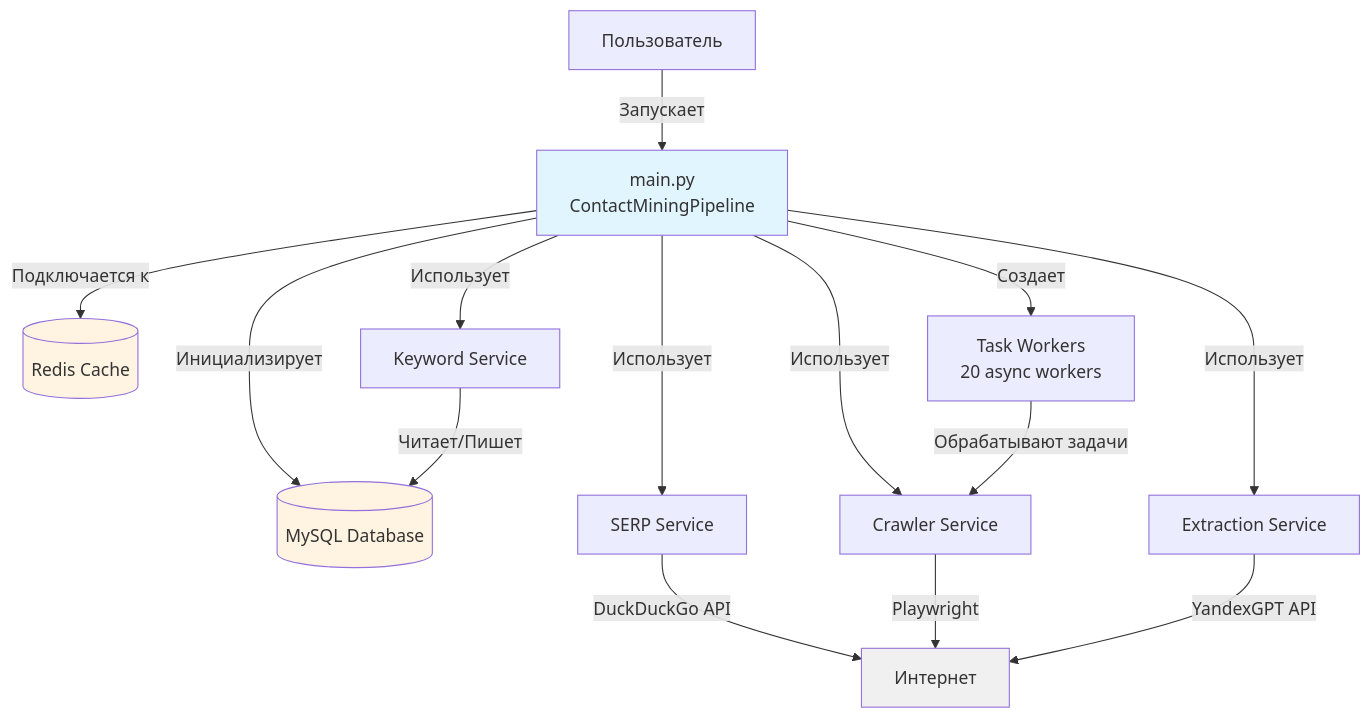
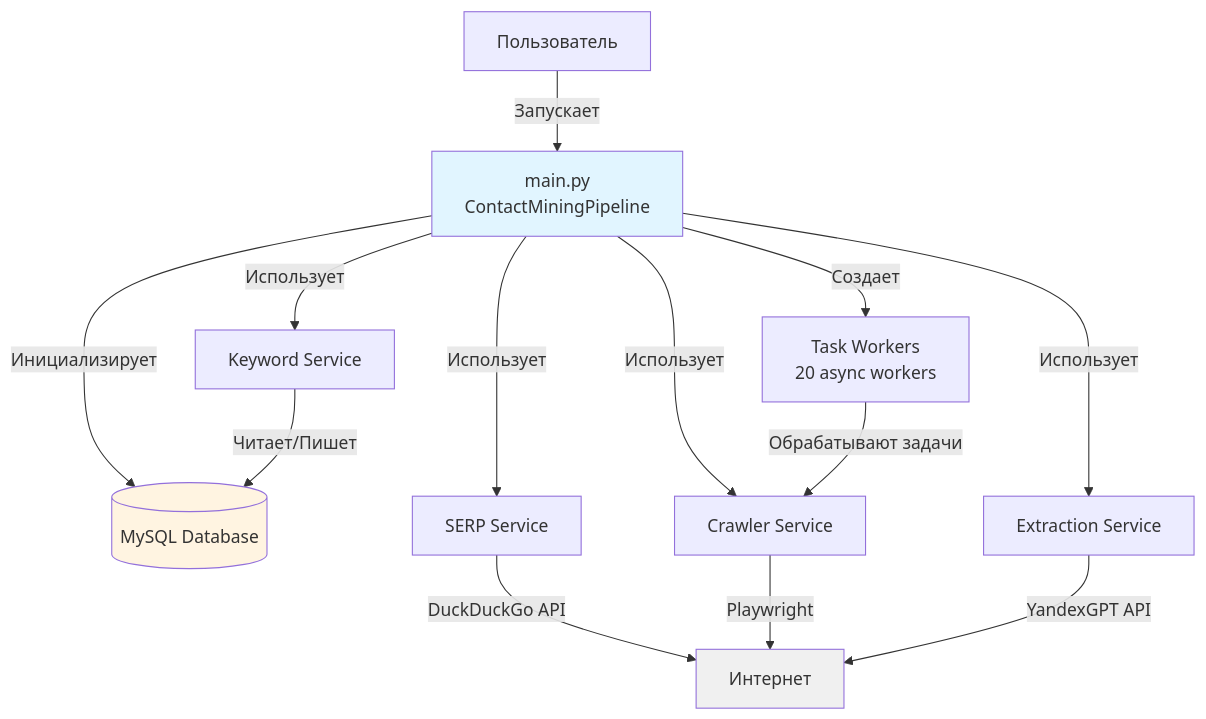
The first of 10 diagrams in doc/DIAGRAMS.md (hauptmann1971/b2b-contact-miner), drawn with Mermaid before and after one commit. The commit also changed other lines of this file and 10 other files, not shown here.

First line of the commit message:
Align architecture docs and diagrams with current DB-backed queue design.

````diff
--- a/doc/DIAGRAMS.md
+++ b/doc/DIAGRAMS.md
@@ -5,25 +5,23 @@
 ```mermaid
 graph TB
     User[Пользователь] -->|Запускает| Main[main.py<br/>ContactMiningPipeline]
     
     Main -->|Инициализирует| DB[(MySQL Database)]
-    Main -->|Подключается к| Redis[(Redis Cache)]
     Main -->|Создает| Workers[Task Workers<br/>20 async workers]
     
     Main -->|Использует| KeywordSvc[Keyword Service]
     Main -->|Использует| SerpSvc[SERP Service]
     Main -->|Использует| CrawlerSvc[Crawler Service]
     Main -->|Использует| ExtractSvc[Extraction Service]
     
     KeywordSvc -->|Читает/Пишет| DB
     SerpSvc -->|DuckDuckGo API| Internet[Интернет]
     CrawlerSvc -->|Playwright| Internet
     ExtractSvc -->|YandexGPT API| Internet
     
     Workers -->|Обрабатывают задачи| CrawlerSvc
     
     style Main fill:#e1f5ff
     style DB fill:#fff4e1
-    style Redis fill:#fff4e1
     style Internet fill:#f0f0f0
 ```
````
